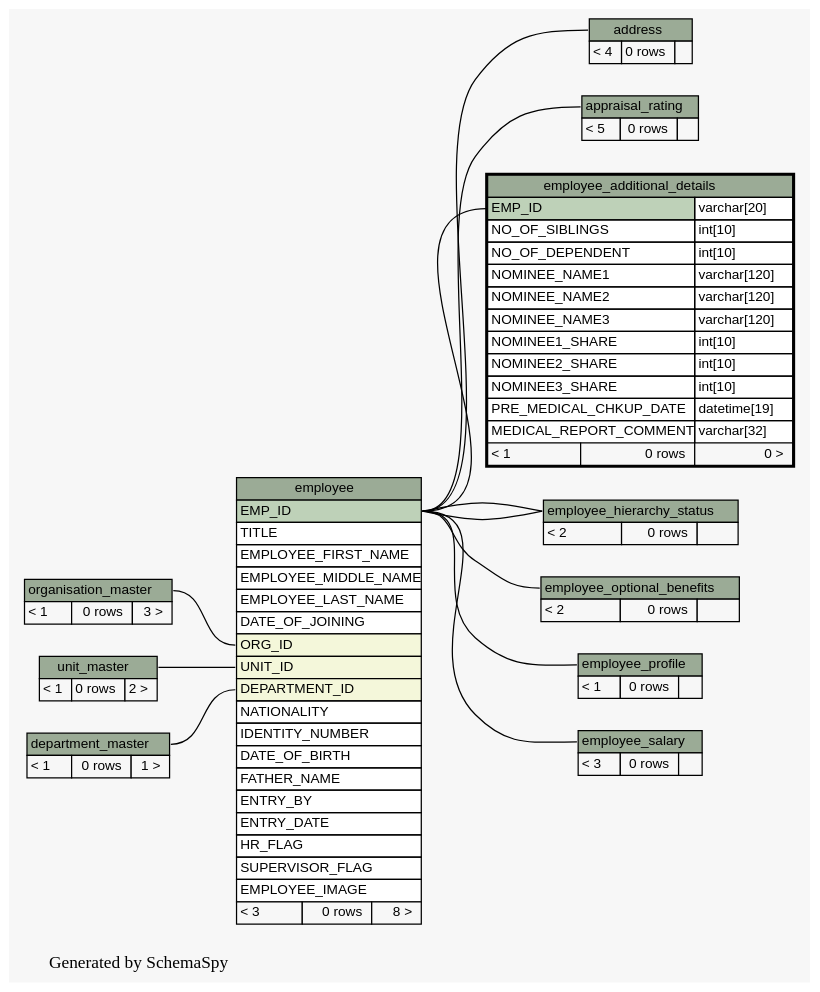
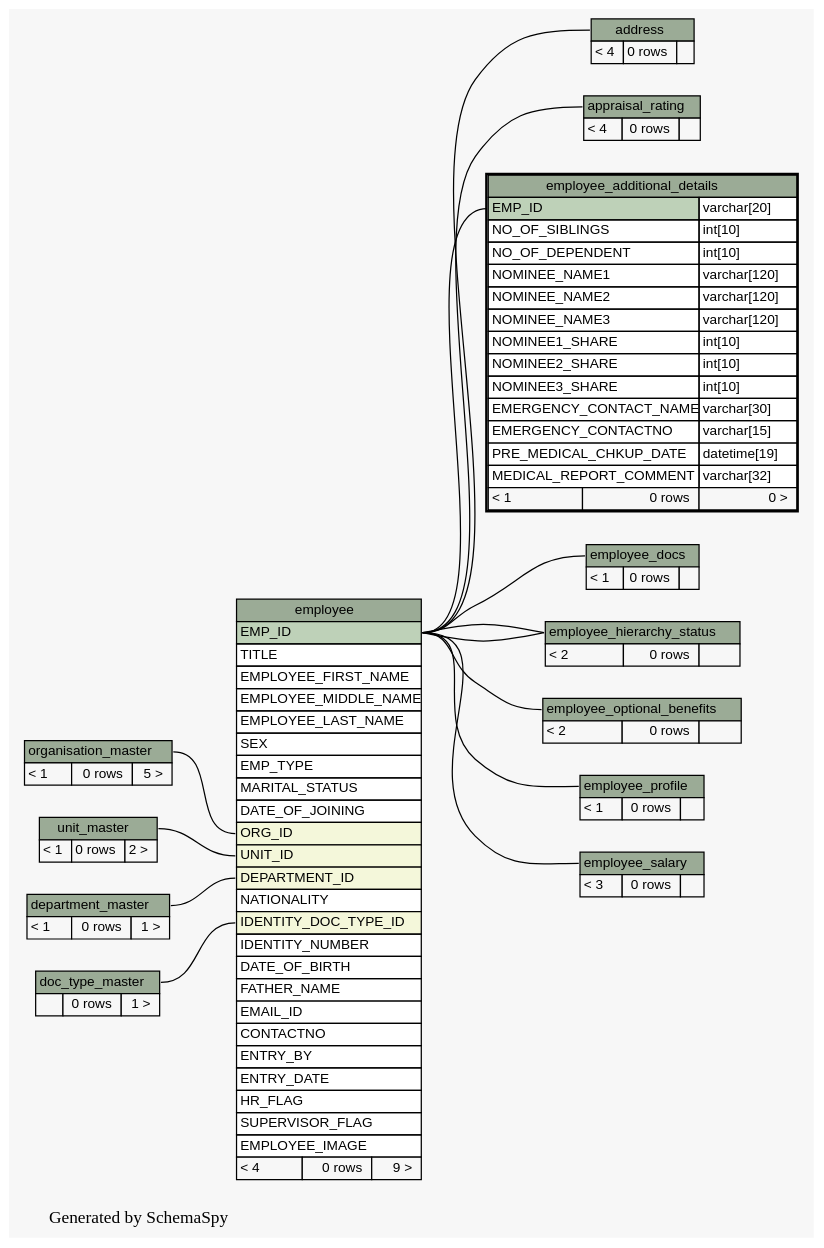
The diagram in docs/database/schemaspy/graphs/employee_additional_details.2degrees.dot (engineerscraft/hrms), drawn with Graphviz before and after one commit. The commit also changed 201 other files, not shown here.

```diff
--- a/docs/database/schemaspy/graphs/employee_additional_details.2degrees.dot
+++ b/docs/database/schemaspy/graphs/employee_additional_details.2degrees.dot
@@ -1,156 +1,184 @@
 // dot 2.38.0 on Windows 7 6.1
 digraph "twoDegreesRelationshipsGraph" {
   graph [
     rankdir="RL"
     bgcolor="#f7f7f7"
     label="\nGenerated by SchemaSpy"
     labeljust="l"
   ];
   node [
     fontname="Helvetica"
     fontsize="11"
     shape="plaintext"
   ];
   edge [
     arrowsize="0.8"
   ];
   "address":"address.heading":w -> "employee":"EMP_ID":e [arrowtail=tee arrowhead=none];
   "appraisal_rating":"appraisal_rating.heading":w -> "employee":"EMP_ID":e [arrowtail=crowtee arrowhead=none];
   "employee":"DEPARTMENT_ID":w -> "department_master":"department_master.heading":e [arrowtail=crowodot arrowhead=none];
+  "employee":"IDENTITY_DOC_TYPE_ID":w -> "doc_type_master":"doc_type_master.heading":e [arrowtail=crowodot arrowhead=none];
   "employee":"ORG_ID":w -> "organisation_master":"organisation_master.heading":e [arrowtail=crowodot arrowhead=none];
   "employee":"UNIT_ID":w -> "unit_master":"unit_master.heading":e [arrowtail=crowodot arrowhead=none];
   "employee_additional_details":"EMP_ID":w -> "employee":"EMP_ID":e [arrowtail=tee arrowhead=none];
+  "employee_docs":"employee_docs.heading":w -> "employee":"EMP_ID":e [arrowtail=crowtee arrowhead=none];
   "employee_hierarchy_status":"employee_hierarchy_status.heading":w -> "employee":"EMP_ID":e [arrowtail=tee arrowhead=none];
   "employee_hierarchy_status":"employee_hierarchy_status.heading":w -> "employee":"EMP_ID":e [arrowtail=crowodot arrowhead=none];
   "employee_optional_benefits":"employee_optional_benefits.heading":w -> "employee":"EMP_ID":e [arrowtail=crowodot arrowhead=none];
   "employee_profile":"employee_profile.heading":w -> "employee":"EMP_ID":e [arrowtail=tee arrowhead=none];
   "employee_salary":"employee_salary.heading":w -> "employee":"EMP_ID":e [arrowtail=crowtee arrowhead=none];
   "address" [
     label=<
     <TABLE BORDER="0" CELLBORDER="1" CELLSPACING="0" BGCOLOR="#ffffff">
       <TR><TD PORT="address.heading" COLSPAN="3" BGCOLOR="#9bab96" ALIGN="CENTER">address</TD></TR>
       <TR><TD ALIGN="LEFT" BGCOLOR="#f7f7f7">&lt; 4</TD><TD ALIGN="RIGHT" BGCOLOR="#f7f7f7">0 rows</TD><TD ALIGN="RIGHT" BGCOLOR="#f7f7f7">  </TD></TR>
     </TABLE>>
     URL="address.html#graph"
     tooltip="address"
   ];
   "appraisal_rating" [
     label=<
     <TABLE BORDER="0" CELLBORDER="1" CELLSPACING="0" BGCOLOR="#ffffff">
       <TR><TD PORT="appraisal_rating.heading" COLSPAN="3" BGCOLOR="#9bab96" ALIGN="CENTER">appraisal_rating</TD></TR>
-      <TR><TD ALIGN="LEFT" BGCOLOR="#f7f7f7">&lt; 5</TD><TD ALIGN="RIGHT" BGCOLOR="#f7f7f7">0 rows</TD><TD ALIGN="RIGHT" BGCOLOR="#f7f7f7">  </TD></TR>
+      <TR><TD ALIGN="LEFT" BGCOLOR="#f7f7f7">&lt; 4</TD><TD ALIGN="RIGHT" BGCOLOR="#f7f7f7">0 rows</TD><TD ALIGN="RIGHT" BGCOLOR="#f7f7f7">  </TD></TR>
     </TABLE>>
     URL="appraisal_rating.html#graph"
     tooltip="appraisal_rating"
   ];
   "department_master" [
     label=<
     <TABLE BORDER="0" CELLBORDER="1" CELLSPACING="0" BGCOLOR="#ffffff">
       <TR><TD PORT="department_master.heading" COLSPAN="3" BGCOLOR="#9bab96" ALIGN="CENTER">department_master</TD></TR>
       <TR><TD ALIGN="LEFT" BGCOLOR="#f7f7f7">&lt; 1</TD><TD ALIGN="RIGHT" BGCOLOR="#f7f7f7">0 rows</TD><TD ALIGN="RIGHT" BGCOLOR="#f7f7f7">1 &gt;</TD></TR>
     </TABLE>>
     URL="department_master.html#graph"
     tooltip="department_master"
   ];
+  "doc_type_master" [
+    label=<
+    <TABLE BORDER="0" CELLBORDER="1" CELLSPACING="0" BGCOLOR="#ffffff">
+      <TR><TD PORT="doc_type_master.heading" COLSPAN="3" BGCOLOR="#9bab96" ALIGN="CENTER">doc_type_master</TD></TR>
+      <TR><TD ALIGN="LEFT" BGCOLOR="#f7f7f7">  </TD><TD ALIGN="RIGHT" BGCOLOR="#f7f7f7">0 rows</TD><TD ALIGN="RIGHT" BGCOLOR="#f7f7f7">1 &gt;</TD></TR>
+    </TABLE>>
+    URL="doc_type_master.html#graph"
+    tooltip="doc_type_master"
+  ];
   "employee" [
     label=<
     <TABLE BORDER="0" CELLBORDER="1" CELLSPACING="0" BGCOLOR="#ffffff">
       <TR><TD PORT="employee.heading" COLSPAN="3" BGCOLOR="#9bab96" ALIGN="CENTER">employee</TD></TR>
       <TR><TD PORT="EMP_ID" COLSPAN="3" BGCOLOR="#bed1b8" ALIGN="LEFT">EMP_ID</TD></TR>
       <TR><TD PORT="TITLE" COLSPAN="3" ALIGN="LEFT">TITLE</TD></TR>
       <TR><TD PORT="EMPLOYEE_FIRST_NAME" COLSPAN="3" ALIGN="LEFT">EMPLOYEE_FIRST_NAME</TD></TR>
       <TR><TD PORT="EMPLOYEE_MIDDLE_NAME" COLSPAN="3" ALIGN="LEFT">EMPLOYEE_MIDDLE_NAME</TD></TR>
       <TR><TD PORT="EMPLOYEE_LAST_NAME" COLSPAN="3" ALIGN="LEFT">EMPLOYEE_LAST_NAME</TD></TR>
+      <TR><TD PORT="SEX" COLSPAN="3" ALIGN="LEFT">SEX</TD></TR>
+      <TR><TD PORT="EMP_TYPE" COLSPAN="3" ALIGN="LEFT">EMP_TYPE</TD></TR>
+      <TR><TD PORT="MARITAL_STATUS" COLSPAN="3" ALIGN="LEFT">MARITAL_STATUS</TD></TR>
       <TR><TD PORT="DATE_OF_JOINING" COLSPAN="3" ALIGN="LEFT">DATE_OF_JOINING</TD></TR>
       <TR><TD PORT="ORG_ID" COLSPAN="3" BGCOLOR="#f4f7da" ALIGN="LEFT">ORG_ID</TD></TR>
       <TR><TD PORT="UNIT_ID" COLSPAN="3" BGCOLOR="#f4f7da" ALIGN="LEFT">UNIT_ID</TD></TR>
       <TR><TD PORT="DEPARTMENT_ID" COLSPAN="3" BGCOLOR="#f4f7da" ALIGN="LEFT">DEPARTMENT_ID</TD></TR>
       <TR><TD PORT="NATIONALITY" COLSPAN="3" ALIGN="LEFT">NATIONALITY</TD></TR>
+      <TR><TD PORT="IDENTITY_DOC_TYPE_ID" COLSPAN="3" BGCOLOR="#f4f7da" ALIGN="LEFT">IDENTITY_DOC_TYPE_ID</TD></TR>
       <TR><TD PORT="IDENTITY_NUMBER" COLSPAN="3" ALIGN="LEFT">IDENTITY_NUMBER</TD></TR>
       <TR><TD PORT="DATE_OF_BIRTH" COLSPAN="3" ALIGN="LEFT">DATE_OF_BIRTH</TD></TR>
       <TR><TD PORT="FATHER_NAME" COLSPAN="3" ALIGN="LEFT">FATHER_NAME</TD></TR>
+      <TR><TD PORT="EMAIL_ID" COLSPAN="3" ALIGN="LEFT">EMAIL_ID</TD></TR>
+      <TR><TD PORT="CONTACTNO" COLSPAN="3" ALIGN="LEFT">CONTACTNO</TD></TR>
       <TR><TD PORT="ENTRY_BY" COLSPAN="3" ALIGN="LEFT">ENTRY_BY</TD></TR>
       <TR><TD PORT="ENTRY_DATE" COLSPAN="3" ALIGN="LEFT">ENTRY_DATE</TD></TR>
       <TR><TD PORT="HR_FLAG" COLSPAN="3" ALIGN="LEFT">HR_FLAG</TD></TR>
       <TR><TD PORT="SUPERVISOR_FLAG" COLSPAN="3" ALIGN="LEFT">SUPERVISOR_FLAG</TD></TR>
       <TR><TD PORT="EMPLOYEE_IMAGE" COLSPAN="3" ALIGN="LEFT">EMPLOYEE_IMAGE</TD></TR>
-      <TR><TD ALIGN="LEFT" BGCOLOR="#f7f7f7">&lt; 3</TD><TD ALIGN="RIGHT" BGCOLOR="#f7f7f7">0 rows</TD><TD ALIGN="RIGHT" BGCOLOR="#f7f7f7">8 &gt;</TD></TR>
+      <TR><TD ALIGN="LEFT" BGCOLOR="#f7f7f7">&lt; 4</TD><TD ALIGN="RIGHT" BGCOLOR="#f7f7f7">0 rows</TD><TD ALIGN="RIGHT" BGCOLOR="#f7f7f7">9 &gt;</TD></TR>
     </TABLE>>
     URL="employee.html#graph"
     tooltip="employee"
   ];
   "employee_additional_details" [
     label=<
     <TABLE BORDER="2" CELLBORDER="1" CELLSPACING="0" BGCOLOR="#ffffff">
       <TR><TD PORT="employee_additional_details.heading" COLSPAN="3" BGCOLOR="#9bab96" ALIGN="CENTER">employee_additional_details</TD></TR>
       <TR><TD PORT="EMP_ID" COLSPAN="2" BGCOLOR="#bed1b8" ALIGN="LEFT">EMP_ID</TD><TD PORT="EMP_ID.type" ALIGN="LEFT">varchar[20]</TD></TR>
       <TR><TD PORT="NO_OF_SIBLINGS" COLSPAN="2" ALIGN="LEFT">NO_OF_SIBLINGS</TD><TD PORT="NO_OF_SIBLINGS.type" ALIGN="LEFT">int[10]</TD></TR>
       <TR><TD PORT="NO_OF_DEPENDENT" COLSPAN="2" ALIGN="LEFT">NO_OF_DEPENDENT</TD><TD PORT="NO_OF_DEPENDENT.type" ALIGN="LEFT">int[10]</TD></TR>
       <TR><TD PORT="NOMINEE_NAME1" COLSPAN="2" ALIGN="LEFT">NOMINEE_NAME1</TD><TD PORT="NOMINEE_NAME1.type" ALIGN="LEFT">varchar[120]</TD></TR>
       <TR><TD PORT="NOMINEE_NAME2" COLSPAN="2" ALIGN="LEFT">NOMINEE_NAME2</TD><TD PORT="NOMINEE_NAME2.type" ALIGN="LEFT">varchar[120]</TD></TR>
       <TR><TD PORT="NOMINEE_NAME3" COLSPAN="2" ALIGN="LEFT">NOMINEE_NAME3</TD><TD PORT="NOMINEE_NAME3.type" ALIGN="LEFT">varchar[120]</TD></TR>
       <TR><TD PORT="NOMINEE1_SHARE" COLSPAN="2" ALIGN="LEFT">NOMINEE1_SHARE</TD><TD PORT="NOMINEE1_SHARE.type" ALIGN="LEFT">int[10]</TD></TR>
       <TR><TD PORT="NOMINEE2_SHARE" COLSPAN="2" ALIGN="LEFT">NOMINEE2_SHARE</TD><TD PORT="NOMINEE2_SHARE.type" ALIGN="LEFT">int[10]</TD></TR>
       <TR><TD PORT="NOMINEE3_SHARE" COLSPAN="2" ALIGN="LEFT">NOMINEE3_SHARE</TD><TD PORT="NOMINEE3_SHARE.type" ALIGN="LEFT">int[10]</TD></TR>
+      <TR><TD PORT="EMERGENCY_CONTACT_NAME" COLSPAN="2" ALIGN="LEFT">EMERGENCY_CONTACT_NAME</TD><TD PORT="EMERGENCY_CONTACT_NAME.type" ALIGN="LEFT">varchar[30]</TD></TR>
+      <TR><TD PORT="EMERGENCY_CONTACTNO" COLSPAN="2" ALIGN="LEFT">EMERGENCY_CONTACTNO</TD><TD PORT="EMERGENCY_CONTACTNO.type" ALIGN="LEFT">varchar[15]</TD></TR>
       <TR><TD PORT="PRE_MEDICAL_CHKUP_DATE" COLSPAN="2" ALIGN="LEFT">PRE_MEDICAL_CHKUP_DATE</TD><TD PORT="PRE_MEDICAL_CHKUP_DATE.type" ALIGN="LEFT">datetime[19]</TD></TR>
       <TR><TD PORT="MEDICAL_REPORT_COMMENT" COLSPAN="2" ALIGN="LEFT">MEDICAL_REPORT_COMMENT</TD><TD PORT="MEDICAL_REPORT_COMMENT.type" ALIGN="LEFT">varchar[32]</TD></TR>
       <TR><TD ALIGN="LEFT" BGCOLOR="#f7f7f7">&lt; 1</TD><TD ALIGN="RIGHT" BGCOLOR="#f7f7f7">0 rows</TD><TD ALIGN="RIGHT" BGCOLOR="#f7f7f7">0 &gt;</TD></TR>
     </TABLE>>
     URL="employee_additional_details.html#"
     tooltip="employee_additional_details"
+  ];
+  "employee_docs" [
+    label=<
+    <TABLE BORDER="0" CELLBORDER="1" CELLSPACING="0" BGCOLOR="#ffffff">
+      <TR><TD PORT="employee_docs.heading" COLSPAN="3" BGCOLOR="#9bab96" ALIGN="CENTER">employee_docs</TD></TR>
+      <TR><TD ALIGN="LEFT" BGCOLOR="#f7f7f7">&lt; 1</TD><TD ALIGN="RIGHT" BGCOLOR="#f7f7f7">0 rows</TD><TD ALIGN="RIGHT" BGCOLOR="#f7f7f7">  </TD></TR>
+    </TABLE>>
+    URL="employee_docs.html#graph"
+    tooltip="employee_docs"
   ];
   "employee_hierarchy_status" [
     label=<
     <TABLE BORDER="0" CELLBORDER="1" CELLSPACING="0" BGCOLOR="#ffffff">
       <TR><TD PORT="employee_hierarchy_status.heading" COLSPAN="3" BGCOLOR="#9bab96" ALIGN="CENTER">employee_hierarchy_status</TD></TR>
       <TR><TD ALIGN="LEFT" BGCOLOR="#f7f7f7">&lt; 2</TD><TD ALIGN="RIGHT" BGCOLOR="#f7f7f7">0 rows</TD><TD ALIGN="RIGHT" BGCOLOR="#f7f7f7">  </TD></TR>
     </TABLE>>
     URL="employee_hierarchy_status.html#graph"
     tooltip="employee_hierarchy_status"
   ];
   "employee_optional_benefits" [
     label=<
     <TABLE BORDER="0" CELLBORDER="1" CELLSPACING="0" BGCOLOR="#ffffff">
       <TR><TD PORT="employee_optional_benefits.heading" COLSPAN="3" BGCOLOR="#9bab96" ALIGN="CENTER">employee_optional_benefits</TD></TR>
       <TR><TD ALIGN="LEFT" BGCOLOR="#f7f7f7">&lt; 2</TD><TD ALIGN="RIGHT" BGCOLOR="#f7f7f7">0 rows</TD><TD ALIGN="RIGHT" BGCOLOR="#f7f7f7">  </TD></TR>
     </TABLE>>
     URL="employee_optional_benefits.html#graph"
     tooltip="employee_optional_benefits"
   ];
   "employee_profile" [
     label=<
     <TABLE BORDER="0" CELLBORDER="1" CELLSPACING="0" BGCOLOR="#ffffff">
       <TR><TD PORT="employee_profile.heading" COLSPAN="3" BGCOLOR="#9bab96" ALIGN="CENTER">employee_profile</TD></TR>
       <TR><TD ALIGN="LEFT" BGCOLOR="#f7f7f7">&lt; 1</TD><TD ALIGN="RIGHT" BGCOLOR="#f7f7f7">0 rows</TD><TD ALIGN="RIGHT" BGCOLOR="#f7f7f7">  </TD></TR>
     </TABLE>>
     URL="employee_profile.html#graph"
     tooltip="employee_profile"
   ];
   "employee_salary" [
     label=<
     <TABLE BORDER="0" CELLBORDER="1" CELLSPACING="0" BGCOLOR="#ffffff">
       <TR><TD PORT="employee_salary.heading" COLSPAN="3" BGCOLOR="#9bab96" ALIGN="CENTER">employee_salary</TD></TR>
       <TR><TD ALIGN="LEFT" BGCOLOR="#f7f7f7">&lt; 3</TD><TD ALIGN="RIGHT" BGCOLOR="#f7f7f7">0 rows</TD><TD ALIGN="RIGHT" BGCOLOR="#f7f7f7">  </TD></TR>
     </TABLE>>
     URL="employee_salary.html#graph"
     tooltip="employee_salary"
   ];
   "organisation_master" [
     label=<
     <TABLE BORDER="0" CELLBORDER="1" CELLSPACING="0" BGCOLOR="#ffffff">
       <TR><TD PORT="organisation_master.heading" COLSPAN="3" BGCOLOR="#9bab96" ALIGN="CENTER">organisation_master</TD></TR>
-      <TR><TD ALIGN="LEFT" BGCOLOR="#f7f7f7">&lt; 1</TD><TD ALIGN="RIGHT" BGCOLOR="#f7f7f7">0 rows</TD><TD ALIGN="RIGHT" BGCOLOR="#f7f7f7">3 &gt;</TD></TR>
+      <TR><TD ALIGN="LEFT" BGCOLOR="#f7f7f7">&lt; 1</TD><TD ALIGN="RIGHT" BGCOLOR="#f7f7f7">0 rows</TD><TD ALIGN="RIGHT" BGCOLOR="#f7f7f7">5 &gt;</TD></TR>
     </TABLE>>
     URL="organisation_master.html#graph"
     tooltip="organisation_master"
   ];
   "unit_master" [
     label=<
     <TABLE BORDER="0" CELLBORDER="1" CELLSPACING="0" BGCOLOR="#ffffff">
       <TR><TD PORT="unit_master.heading" COLSPAN="3" BGCOLOR="#9bab96" ALIGN="CENTER">unit_master</TD></TR>
       <TR><TD ALIGN="LEFT" BGCOLOR="#f7f7f7">&lt; 1</TD><TD ALIGN="RIGHT" BGCOLOR="#f7f7f7">0 rows</TD><TD ALIGN="RIGHT" BGCOLOR="#f7f7f7">2 &gt;</TD></TR>
     </TABLE>>
     URL="unit_master.html#graph"
     tooltip="unit_master"
   ];
 }
```
